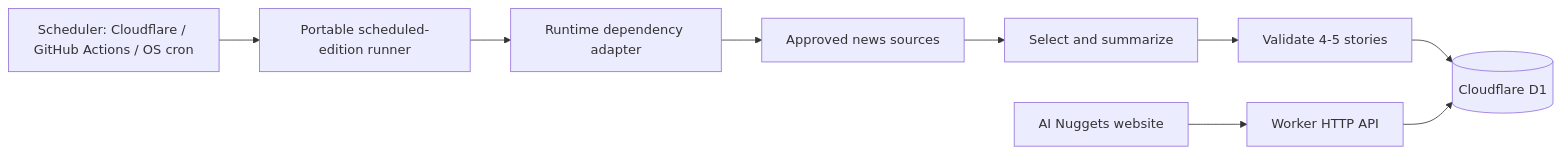
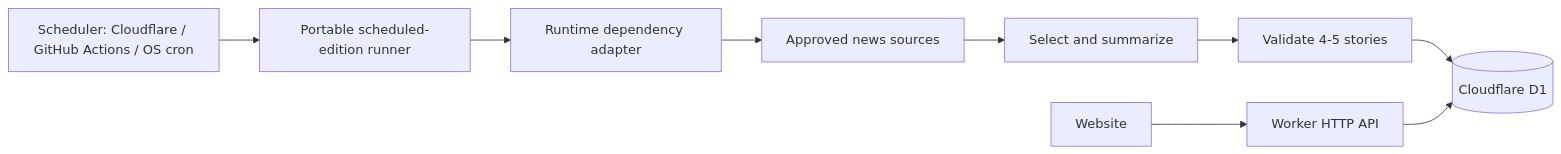
Before and after one commit to RadheCode/AINuggets: the diagram in docs/DAILY_CONTENT_AUTOMATION.md, drawn with Mermaid. The commit also changed other lines of this file and 71 other files, not shown here.

````diff
--- a/docs/DAILY_CONTENT_AUTOMATION.md
+++ b/docs/DAILY_CONTENT_AUTOMATION.md
@@ -7,11 +7,11 @@
 ```mermaid
 flowchart LR
     Cron[Scheduler: Cloudflare / GitHub Actions / OS cron] --> Runner[Portable scheduled-edition runner]
     Runner --> Adapters[Runtime dependency adapter]
     Adapters --> Sources[Approved news sources]
     Sources --> Generate[Select and summarize]
     Generate --> Validate[Validate 4-5 stories]
     Validate --> D1[(Cloudflare D1)]
-    Browser[AI Nuggets website] --> API[Worker HTTP API]
+    Browser[Website] --> API[Worker HTTP API]
     API --> D1
 ```
````
